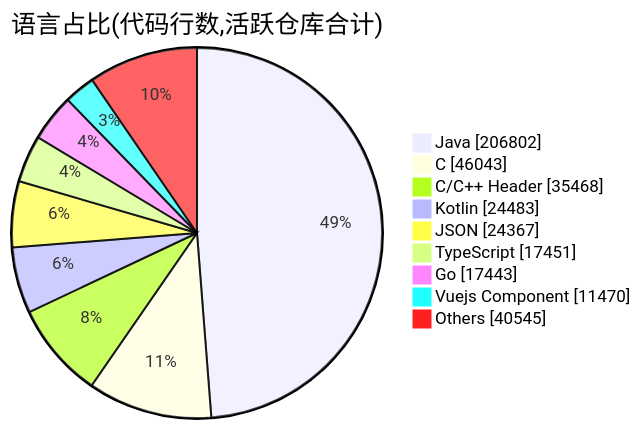
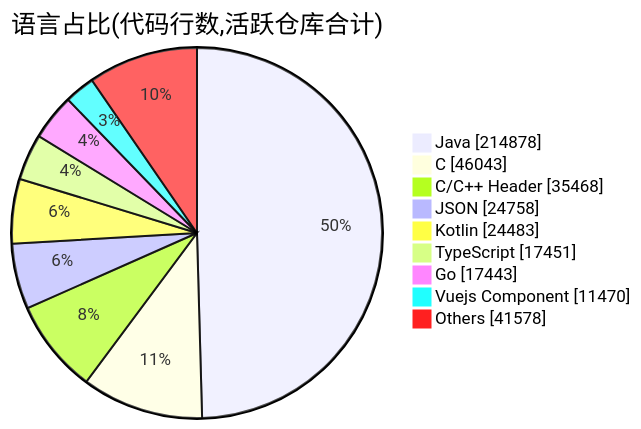
One commit to Conflux-Union/.github changed the second of 2 diagrams in profile/README.md. Above: the diagram before and after it, drawn with Mermaid. The commit also changed other lines of this file and 1 other file, not shown here.

````diff
--- a/profile/README.md
+++ b/profile/README.md
@@ -82,13 +82,13 @@
 ```mermaid
 pie showData
     title 语言占比(代码行数,活跃仓库合计)
-    "Java" : 206802
+    "Java" : 214878
     "C" : 46043
     "C/C++ Header" : 35468
+    "JSON" : 24758
     "Kotlin" : 24483
-    "JSON" : 24367
     "TypeScript" : 17451
     "Go" : 17443
     "Vuejs Component" : 11470
-    "Others" : 40545
+    "Others" : 41578
 ```
````
